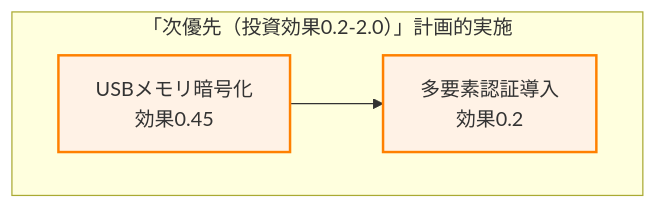
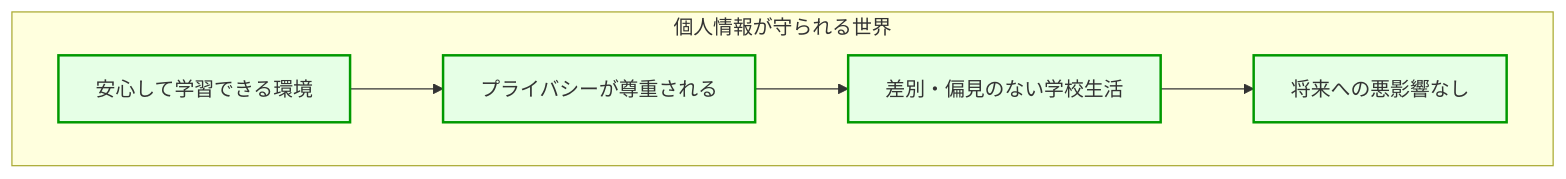
One commit to nahisaho/zenn-writing-collection changed the second of 8 diagrams in books/d87165478af519/chapter10.md. Above: the diagram before and after it, drawn with Mermaid. The commit also changed other lines of this file and 17 other files, not shown here.

````diff
--- a/books/d87165478af519/chapter10.md
+++ b/books/d87165478af519/chapter10.md
@@ -280,11 +33,13 @@
 ```mermaid
 graph TB
-    subgraph 次優先[「次優先（投資効果0.2-2.0）」計画的実施]
-        B1[USBメモリ暗号化<br/>効果0.45]
-        B2[多要素認証導入<br/>効果0.2]
-        B1 --> B2
+    subgraph 個人情報が守られる世界
+        A1[安心して学習できる環境]
+        A2[プライバシーが尊重される]
+        A3[差別・偏見のない学校生活]
+        A4[将来への悪影響なし]
+        A1 --> A2 --> A3 --> A4
     end
 
-    classDef high fill:#fff2e6,stroke:#ff8000,stroke-width:2px
-    class B1,B2 high
+    classDef positive fill:#e6ffe6,stroke:#009900,stroke-width:2px
+    class A1,A2,A3,A4 positive
 ```
````
